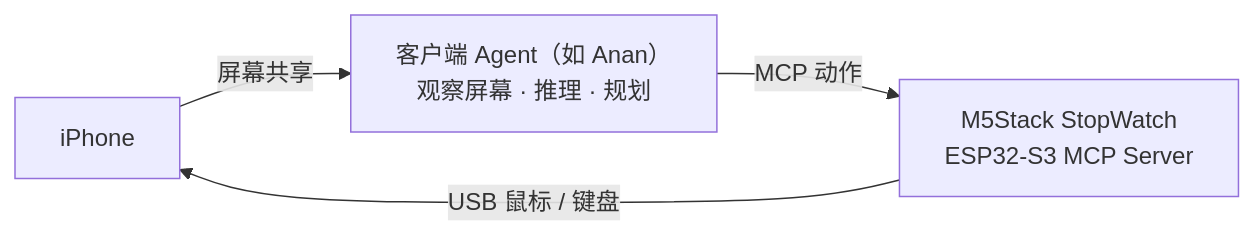
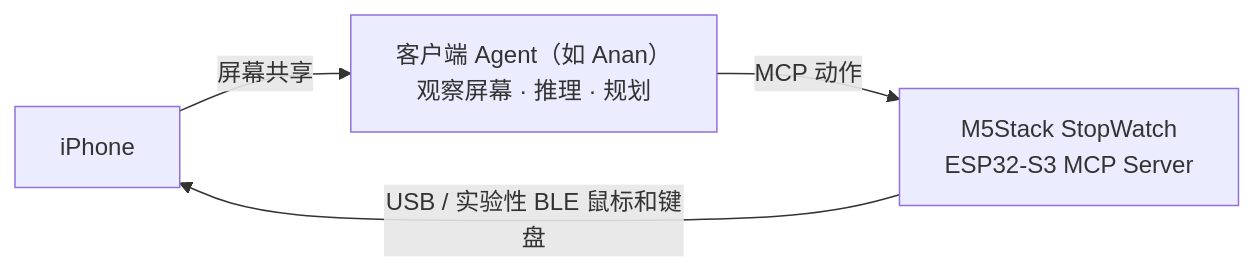
The diagram in README.zh-CN.md (ananhq/anan-iphone-use), drawn with Mermaid before and after one commit. The commit also changed other lines of this file and 103 other files, not shown here.

````diff
--- a/README.zh-CN.md
+++ b/README.zh-CN.md
@@ -52,6 +56,6 @@
 ```mermaid
 flowchart LR
     Phone["iPhone"] -->|"屏幕共享"| Agent["客户端 Agent（如 Anan）<br/>观察屏幕 · 推理 · 规划"]
     Agent -->|"MCP 动作"| Device["M5Stack StopWatch<br/>ESP32-S3 MCP Server"]
-    Device -->|"USB 鼠标 / 键盘"| Phone
+    Device -->|"USB / 实验性 BLE 鼠标和键盘"| Phone
 ```
````
